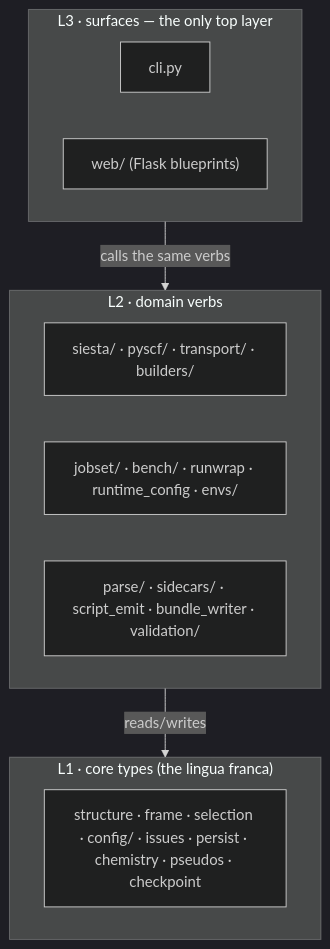
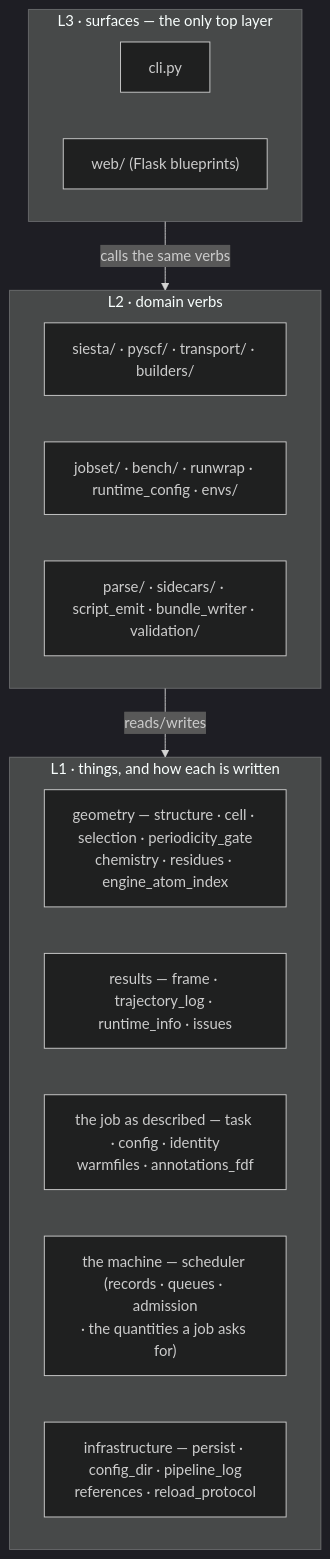
One commit to Qing-LAB/molbuilder changed the diagram in docs/architecture.md. Above: the diagram before and after it, drawn with Mermaid (dark theme). The commit also changed other lines of this file and 44 other files, not shown here.

````diff
--- a/docs/architecture.md
+++ b/docs/architecture.md
@@ -89,17 +89,21 @@
 ```mermaid
 flowchart TB
   subgraph L3["L3 · surfaces — the only top layer"]
     CLI["cli.py"]
     WEB["web/ (Flask blueprints)"]
   end
   subgraph L2["L2 · domain verbs"]
     ENG["siesta/ · pyscf/ · transport/ · builders/"]
     EXE["jobset/ · bench/ · runwrap · runtime_config · envs/"]
     RW["parse/ · sidecars/ · script_emit · bundle_writer · validation/"]
   end
-  subgraph L1["L1 · core types (the lingua franca)"]
-    T["structure · frame · selection · config/ · issues · persist · chemistry · pseudos · checkpoint"]
+  subgraph L1["L1 · things, and how each is written"]
+    GEO["geometry — structure · cell · selection · periodicity_gate<br/>chemistry · residues · engine_atom_index"]
+    RES["results — frame · trajectory_log · runtime_info · issues"]
+    JOB["the job as described — task · config · identity<br/>warmfiles · annotations_fdf"]
+    MACH["the machine — scheduler (records · queues · admission<br/>· the quantities a job asks for)"]
+    INF["infrastructure — persist · config_dir · pipeline_log<br/>references · reload_protocol"]
   end
   L3 -->|calls the same verbs| L2
   L2 -->|reads/writes| L1
 ```
````
